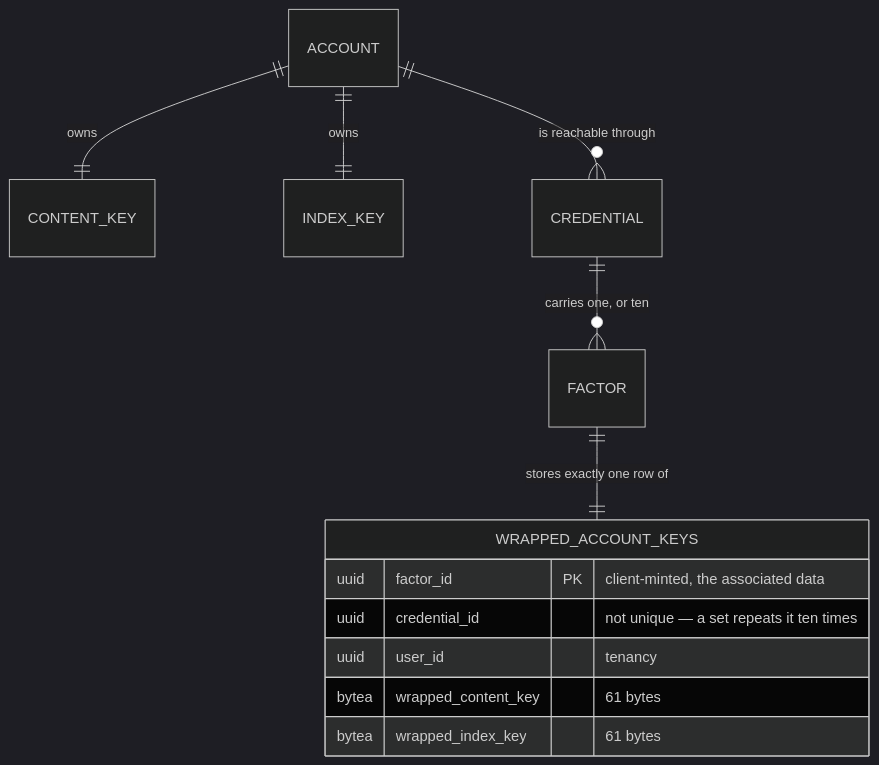
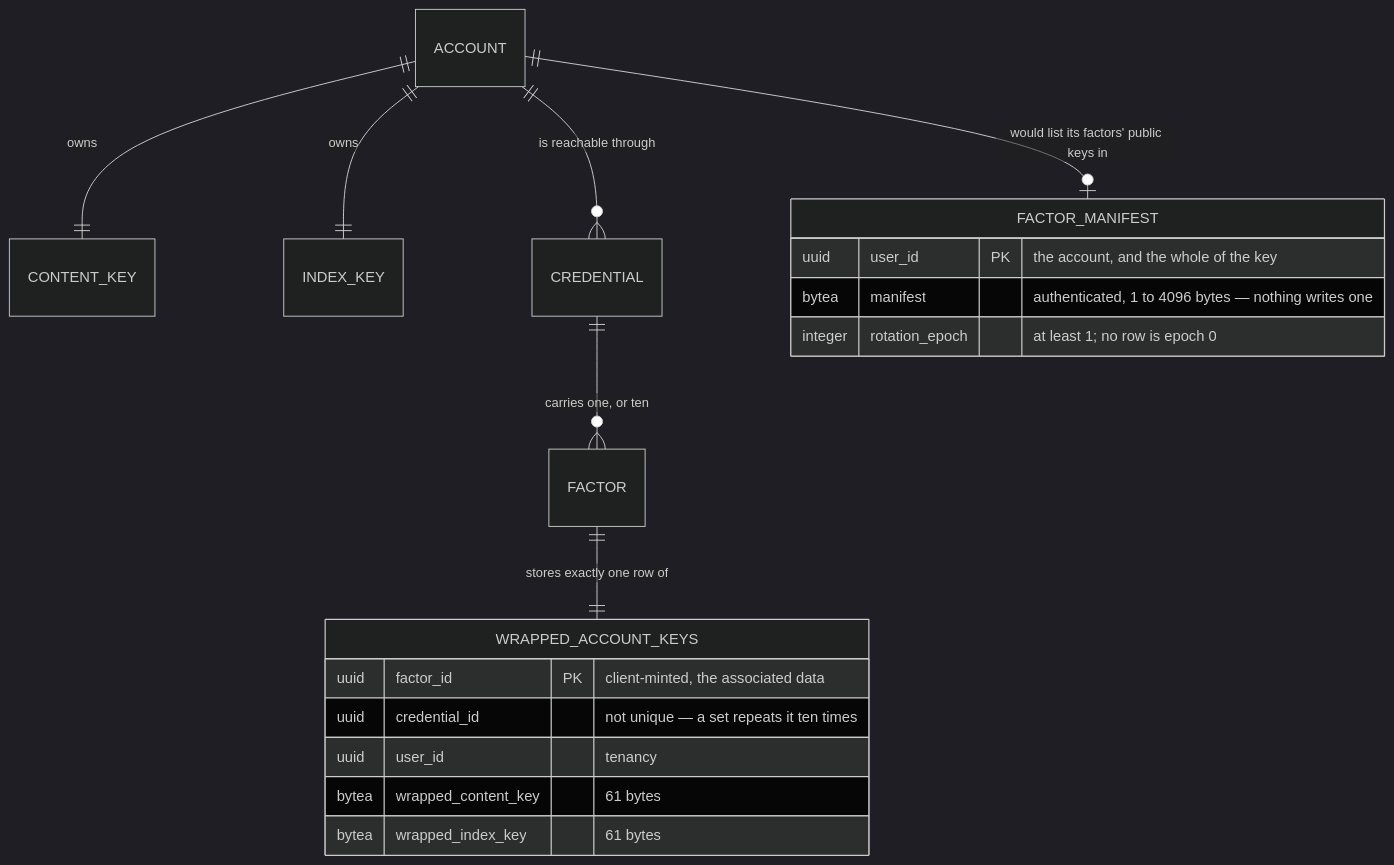
Before and after one commit to anton-kochev/budgetoid: the diagram in docs/business-logic/account-keys.md, drawn with Mermaid (dark theme). The commit also changed other lines of this file and 27 other files, not shown here.

````diff
--- a/docs/business-logic/account-keys.md
+++ b/docs/business-logic/account-keys.md
@@ -134,15 +153,21 @@
 ```mermaid
 erDiagram
     ACCOUNT ||--|| CONTENT_KEY : owns
     ACCOUNT ||--|| INDEX_KEY : owns
     ACCOUNT ||--o{ CREDENTIAL : "is reachable through"
+    ACCOUNT ||--o| FACTOR_MANIFEST : "would list its factors' public keys in"
     CREDENTIAL ||--o{ FACTOR : "carries one, or ten"
     FACTOR ||--|| WRAPPED_ACCOUNT_KEYS : "stores exactly one row of"
     WRAPPED_ACCOUNT_KEYS {
         uuid factor_id PK "client-minted, the associated data"
         uuid credential_id "not unique — a set repeats it ten times"
         uuid user_id "tenancy"
         bytea wrapped_content_key "61 bytes"
         bytea wrapped_index_key "61 bytes"
     }
+    FACTOR_MANIFEST {
+        uuid user_id PK "the account, and the whole of the key"
+        bytea manifest "authenticated, 1 to 4096 bytes — nothing writes one"
+        integer rotation_epoch "at least 1; no row is epoch 0"
+    }
 ```
````
